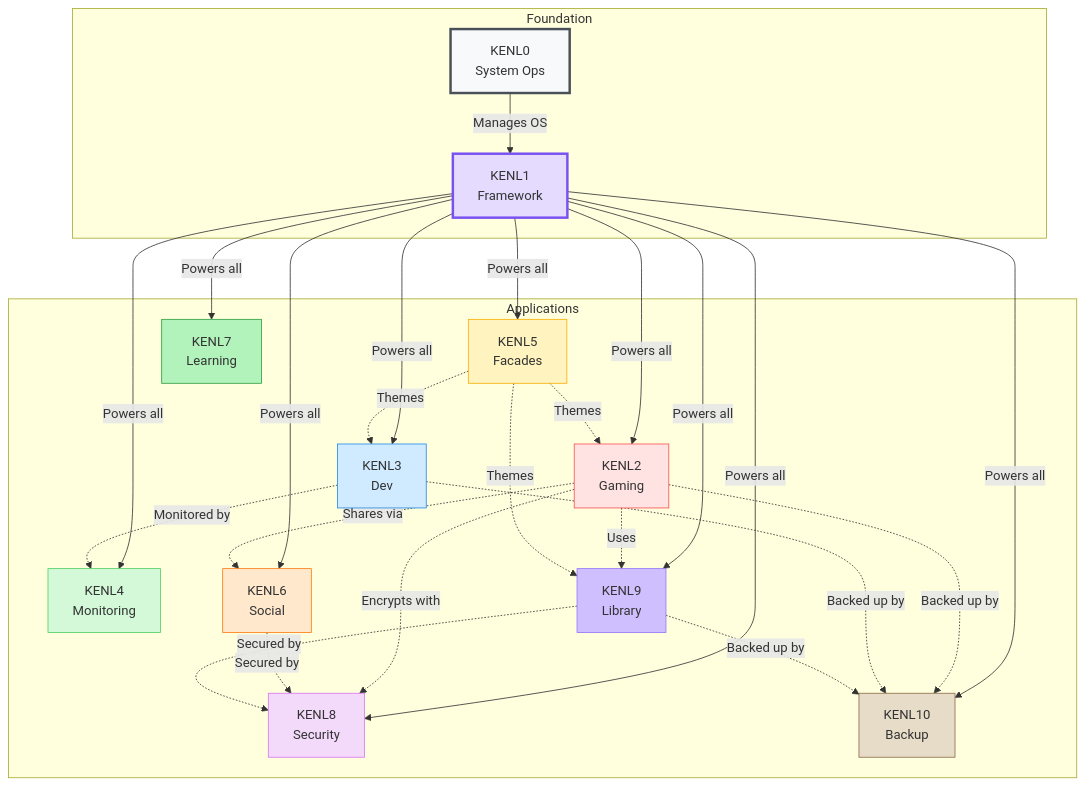
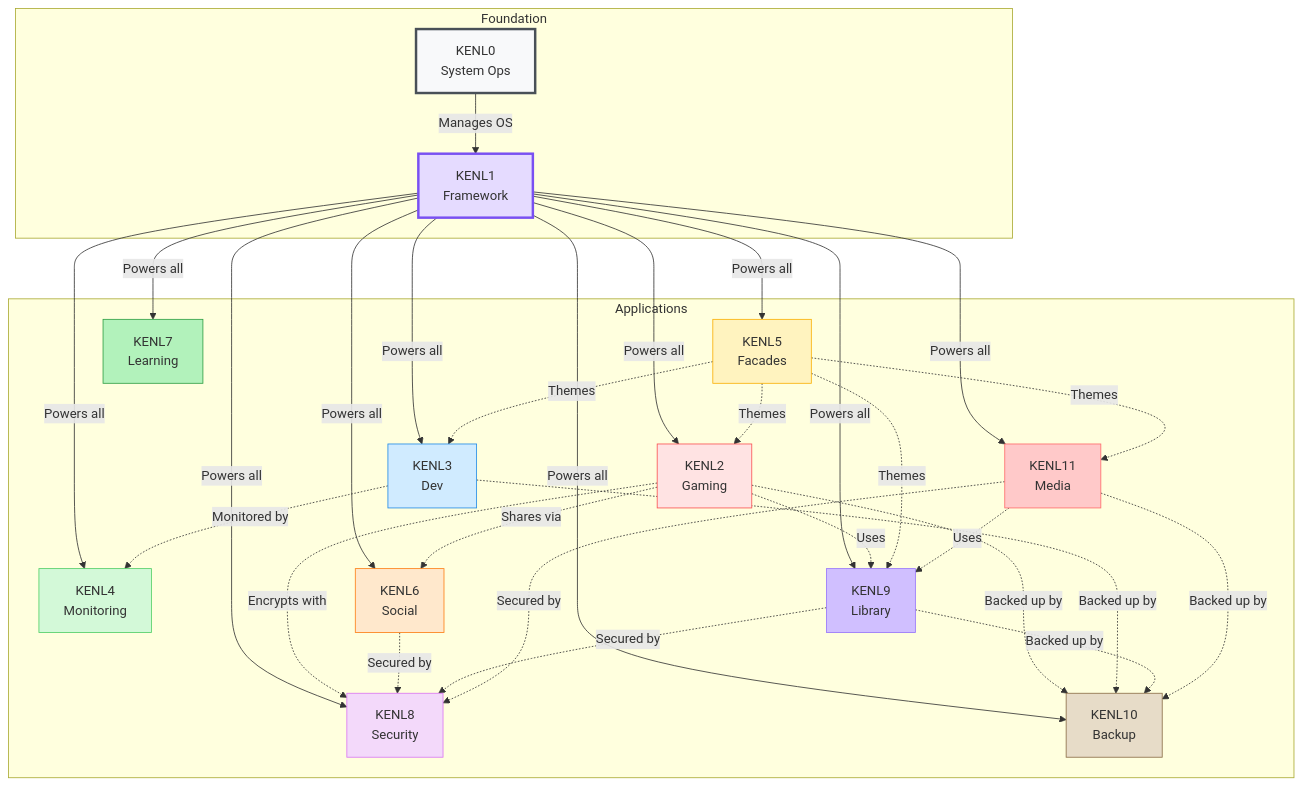
One commit to toolate28/kenl changed the eighth of 9 diagrams in README.md. Above: the diagram before and after it, drawn with Mermaid. The commit also changed other lines of this file and 3 other files, not shown here.

````diff
--- a/README.md
+++ b/README.md
@@ -546,55 +557,62 @@
 ```mermaid
 graph TB
     subgraph Foundation
         K0[KENL0<br/>System Ops]
         K1[KENL1<br/>Framework]
     end
 
     subgraph Applications
         K2[KENL2<br/>Gaming]
         K3[KENL3<br/>Dev]
         K4[KENL4<br/>Monitoring]
         K5[KENL5<br/>Facades]
         K6[KENL6<br/>Social]
         K7[KENL7<br/>Learning]
         K8[KENL8<br/>Security]
         K9[KENL9<br/>Library]
         K10[KENL10<br/>Backup]
+        K11[KENL11<br/>Media]
     end
 
     K0 -->|Manages OS| K1
     K1 -->|Powers all| K2
     K1 -->|Powers all| K3
     K1 -->|Powers all| K4
     K1 -->|Powers all| K5
     K1 -->|Powers all| K6
     K1 -->|Powers all| K7
     K1 -->|Powers all| K8
     K1 -->|Powers all| K9
     K1 -->|Powers all| K10
+    K1 -->|Powers all| K11
 
     K2 -.->|Uses| K9
     K2 -.->|Encrypts with| K8
     K2 -.->|Shares via| K6
     K2 -.->|Backed up by| K10
     K3 -.->|Monitored by| K4
     K3 -.->|Backed up by| K10
     K5 -.->|Themes| K2
     K5 -.->|Themes| K3
     K5 -.->|Themes| K9
+    K5 -.->|Themes| K11
     K6 -.->|Secured by| K8
     K9 -.->|Backed up by| K10
     K9 -.->|Secured by| K8
+    K11 -.->|Uses| K9
+    K11 -.->|Secured by| K8
+    K11 -.->|Backed up by| K10
 
     style K0 fill:#f8f9fa,stroke:#495057,stroke-width:3px
     style K1 fill:#e5dbff,stroke:#7950f2,stroke-width:3px
     style K2 fill:#ffe3e3,stroke:#fa5252
     style K3 fill:#d0ebff,stroke:#228be6
     style K4 fill:#d3f9d8,stroke:#51cf66
     style K5 fill:#fff3bf,stroke:#fab005
     style K6 fill:#ffe8cc,stroke:#fd7e14
     style K7 fill:#b2f2bb,stroke:#2f9e44
     style K8 fill:#f3d9fa,stroke:#da77f2
     style K9 fill:#d0bfff,stroke:#9775fa
     style K10 fill:#e7dcc8,stroke:#8b6d47
+    style K11 fill:#ffc9c9,stroke:#ff6b6b
 ```
````
